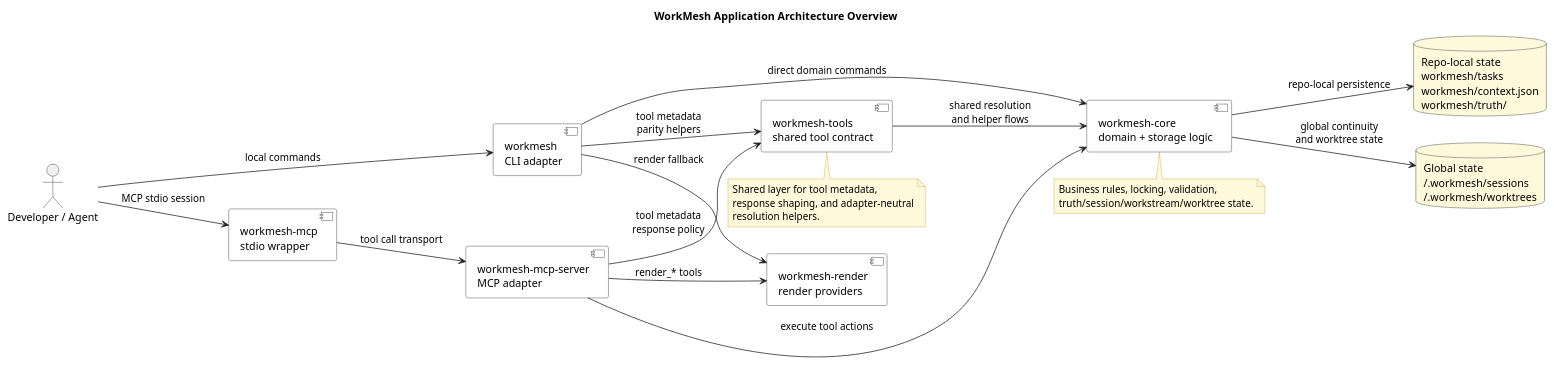
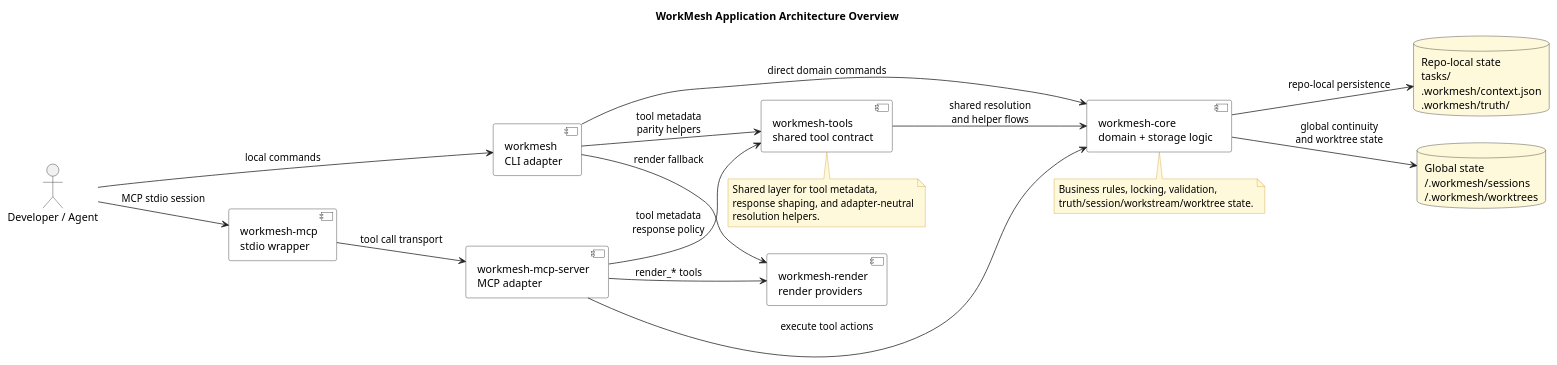
Before and after one commit to luislobo/workmesh: the diagram in docs/diagrams/application-architecture-overview.puml, drawn with PlantUML. The commit also changed 23 other files, not shown here.

```diff
--- a/docs/diagrams/application-architecture-overview.puml
+++ b/docs/diagrams/application-architecture-overview.puml
@@ -1,52 +1,52 @@
 @startuml
 title WorkMesh Application Architecture Overview
 
 skinparam shadowing false
 skinparam backgroundColor white
 skinparam ArrowColor #222222
 skinparam PackageBorderColor #222222
 skinparam PackageBackgroundColor #F7F7F7
 skinparam ComponentBorderColor #222222
 skinparam ComponentBackgroundColor #FFFFFF
 skinparam DatabaseBorderColor #222222
 skinparam DatabaseBackgroundColor #FFF9DB
 skinparam NoteBackgroundColor #FFF9DB
 skinparam NoteBorderColor #D09B2C
 left to right direction
 
 actor "Developer / Agent" as User
 component "workmesh\nCLI adapter" as CLI
 component "workmesh-mcp\nstdio wrapper" as MCP
 component "workmesh-mcp-server\nMCP adapter" as MCPS
 component "workmesh-tools\nshared tool contract" as TOOLS
 component "workmesh-core\ndomain + storage logic" as CORE
 component "workmesh-render\nrender providers" as RENDER
 
-database "Repo-local state\nworkmesh/tasks\nworkmesh/context.json\nworkmesh/truth/" as REPO
+database "Repo-local state\ntasks/\n.workmesh/context.json\n.workmesh/truth/" as REPO
 database "Global state\n~/.workmesh/sessions\n~/.workmesh/worktrees" as GLOBAL
 
 User --> CLI : local commands
 User --> MCP : MCP stdio session
 MCP --> MCPS : tool call transport
 CLI --> TOOLS : tool metadata\nparity helpers
 MCPS --> TOOLS : tool metadata\nresponse policy
 CLI --> CORE : direct domain commands
 MCPS --> CORE : execute tool actions
 CLI --> RENDER : render fallback
 MCPS --> RENDER : render_* tools
 TOOLS --> CORE : shared resolution\nand helper flows
 CORE --> REPO : repo-local persistence
 CORE --> GLOBAL : global continuity\nand worktree state
 
 note bottom of TOOLS
 Shared layer for tool metadata,
 response shaping, and adapter-neutral
 resolution helpers.
 end note
 
 note bottom of CORE
 Business rules, locking, validation,
 truth/session/workstream/worktree state.
 end note
 
 @enduml
```
